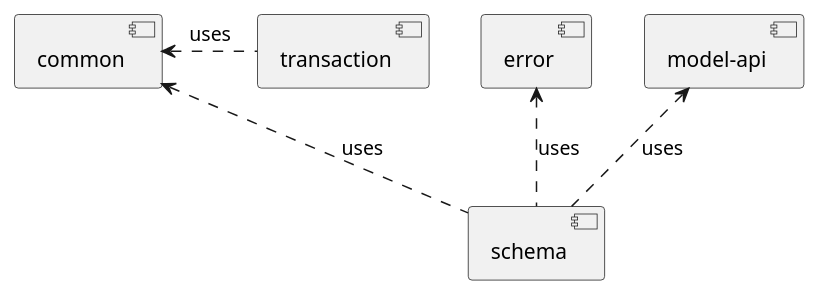
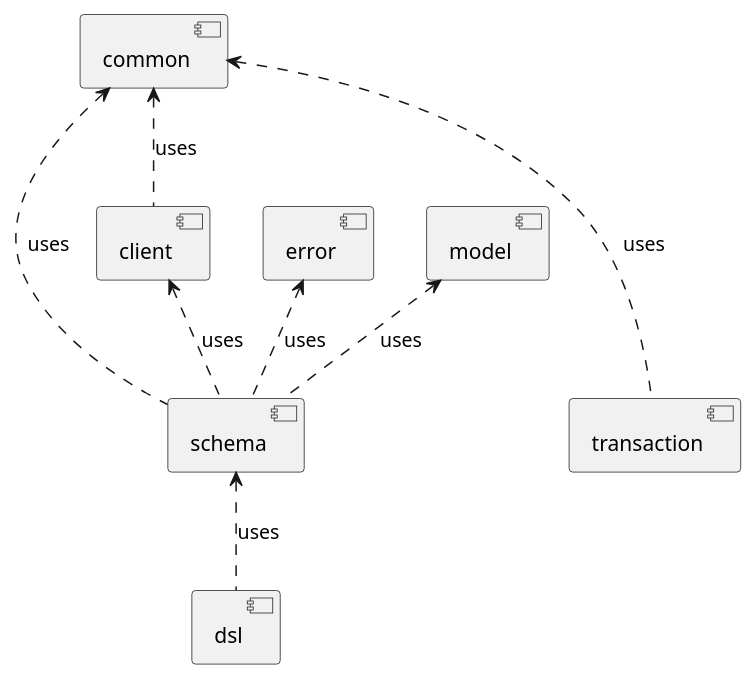
One commit to vihangpatil/neo4j-store changed the diagram in docs/dependency.puml. Above: the diagram before and after it, drawn with PlantUML. The commit also changed 16 other files, not shown here.

```diff
--- a/docs/dependency.puml
+++ b/docs/dependency.puml
@@ -1,12 +1,18 @@
 @startuml
+
+[common] <.. [client] : uses
 
 [common] <.. [schema] : uses
 
 [error] <.. [schema] : uses
 
-[model-api] <.. [schema] : uses
+[model] <.. [schema] : uses
 
-[common] <. [transaction] : uses
+[client] <.. [schema] : uses
+
+[schema] <.. [dsl] : uses
+
+[common] <... [transaction] : uses
 
 
 @enduml
```
